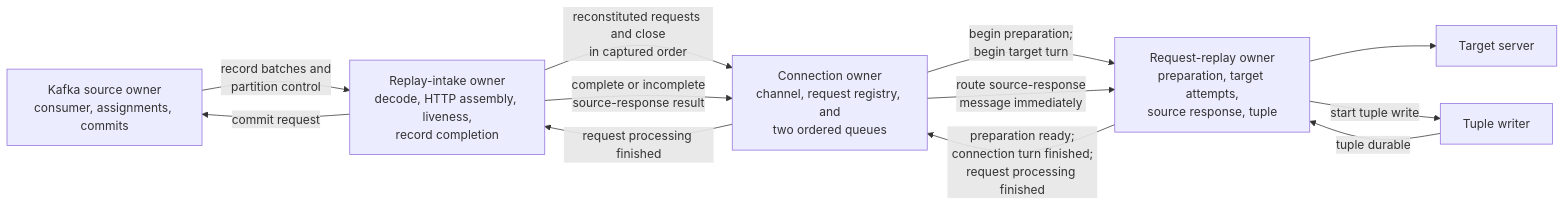
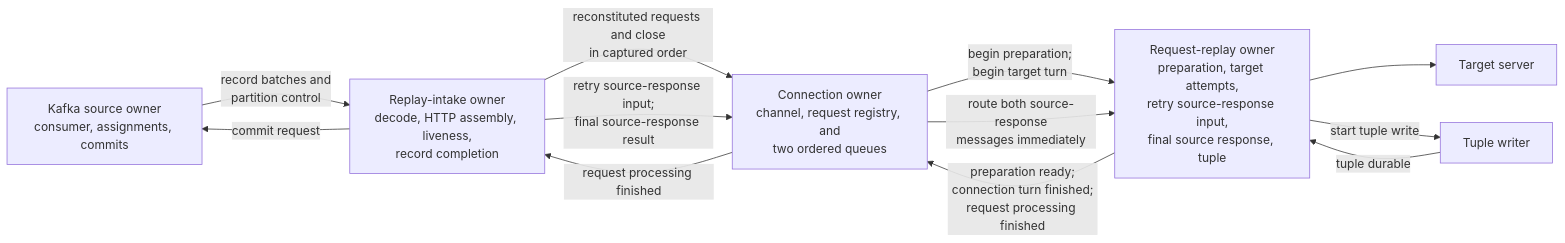
One commit to opensearch-project/opensearch-migrations changed the first of 4 diagrams in docs/replayerProcessingAndCommitArchitecture.md. Above: the diagram before and after it, drawn with Mermaid. The commit also changed other lines of this file and 4 other files, not shown here.

````diff
--- a/docs/replayerProcessingAndCommitArchitecture.md
+++ b/docs/replayerProcessingAndCommitArchitecture.md
@@ -89,21 +90,21 @@
 ```mermaid
 flowchart LR
     Kafka["Kafka source owner<br/>consumer, assignments, commits"]
     Intake["Replay-intake owner<br/>decode, HTTP assembly, liveness,<br/>record completion"]
     Actor["Connection owner<br/>channel, request registry, and<br/>two ordered queues"]
-    Request["Request-replay owner<br/>preparation, target attempts,<br/>source response, tuple"]
+    Request["Request-replay owner<br/>preparation, target attempts,<br/>retry source-response input,<br/>final source response, tuple"]
     Target["Target server"]
     Tuple["Tuple writer"]
 
     Kafka -->|"record batches and<br/>partition control"| Intake
     Intake -->|"reconstituted requests and close<br/>in captured order"| Actor
-    Intake -->|"complete or incomplete<br/>source-response result"| Actor
+    Intake -->|"retry source-response input;<br/>final source-response result"| Actor
     Actor -->|"begin preparation;<br/>begin target turn"| Request
-    Actor -->|"route source-response<br/>message immediately"| Request
+    Actor -->|"route both source-response<br/>messages immediately"| Request
     Request -->|"preparation ready;<br/>connection turn finished;<br/>request processing finished"| Actor
     Request --> Target
     Request -->|"start tuple write"| Tuple
     Tuple -->|"tuple durable"| Request
     Actor -->|"request processing finished"| Intake
     Intake -->|"commit request"| Kafka
 ```
````
